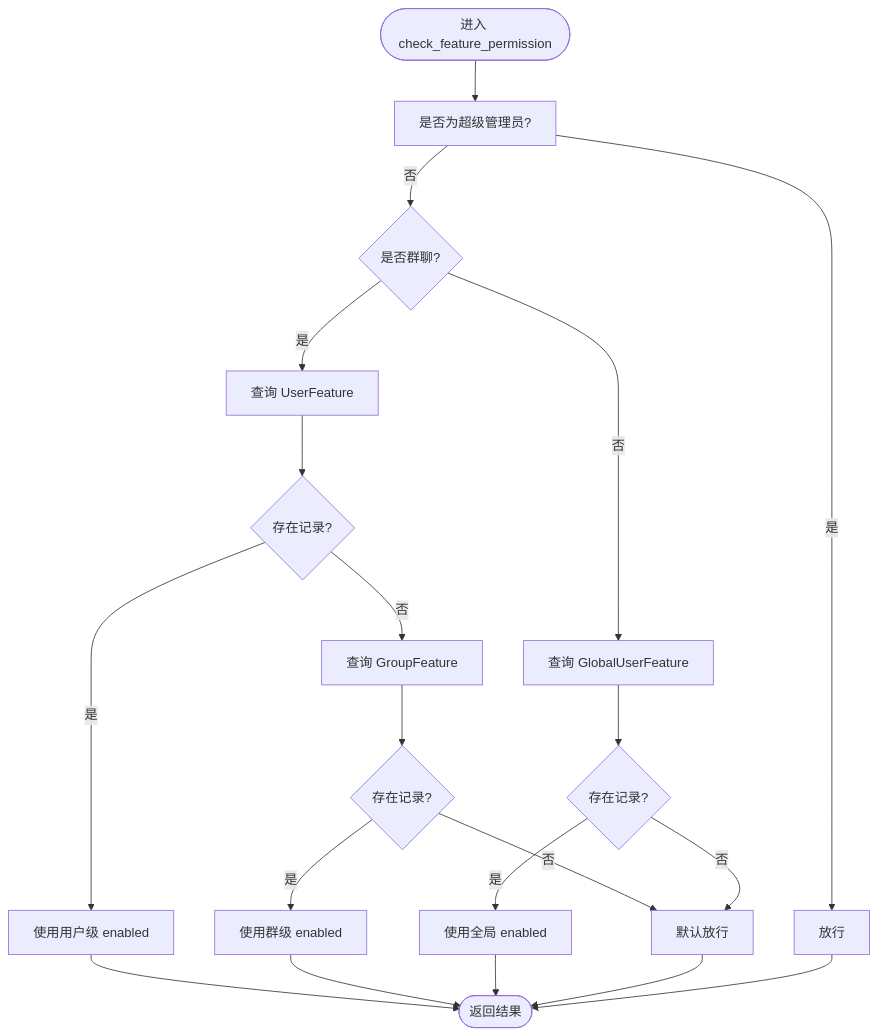
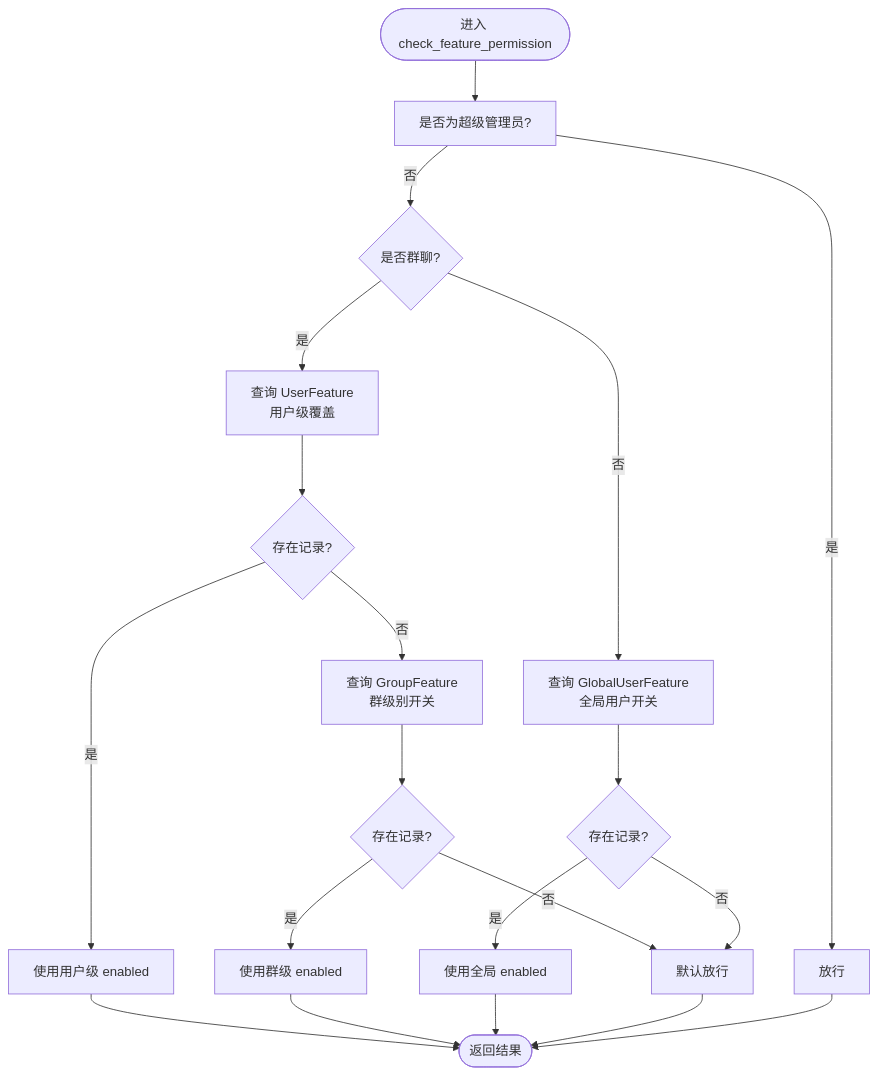
One commit to Wohaokunr/yawn_bot changed the third of 7 diagrams in .qoder/repowiki/zh/content/核心功能模块/权限控制系统.md. Above: the diagram before and after it, drawn with Mermaid. The commit also changed other lines of this file and 14 other files, not shown here.

````diff
--- a/.qoder/repowiki/zh/content/核心功能模块/权限控制系统.md
+++ b/.qoder/repowiki/zh/content/核心功能模块/权限控制系统.md
@@ -167,22 +186,22 @@
 ```mermaid
 flowchart TD
 Start(["进入 check_feature_permission"]) --> CheckSuper["是否为超级管理员?"]
 CheckSuper --> |是| Allow["放行"]
 CheckSuper --> |否| IsGroup{"是否群聊?"}
-IsGroup --> |是| GetUserFeat["查询 UserFeature"]
+IsGroup --> |是| GetUserFeat["查询 UserFeature<br/>用户级覆盖"]
 GetUserFeat --> HasUser{"存在记录?"}
 HasUser --> |是| UseUser["使用用户级 enabled"]
-HasUser --> |否| GetGroupFeat["查询 GroupFeature"]
+HasUser --> |否| GetGroupFeat["查询 GroupFeature<br/>群级别开关"]
 GetGroupFeat --> HasGroup{"存在记录?"}
 HasGroup --> |是| UseGroup["使用群级 enabled"]
 HasGroup --> |否| DefaultAllow["默认放行"]
-IsGroup --> |否| GetGlobal["查询 GlobalUserFeature"]
+IsGroup --> |否| GetGlobal["查询 GlobalUserFeature<br/>全局用户开关"]
 GetGlobal --> HasGlobal{"存在记录?"}
 HasGlobal --> |是| UseGlobal["使用全局 enabled"]
 HasGlobal --> |否| DefaultAllow
 UseUser --> End(["返回结果"])
 UseGroup --> End
 UseGlobal --> End
 DefaultAllow --> End
 Allow --> End
 ```
````
